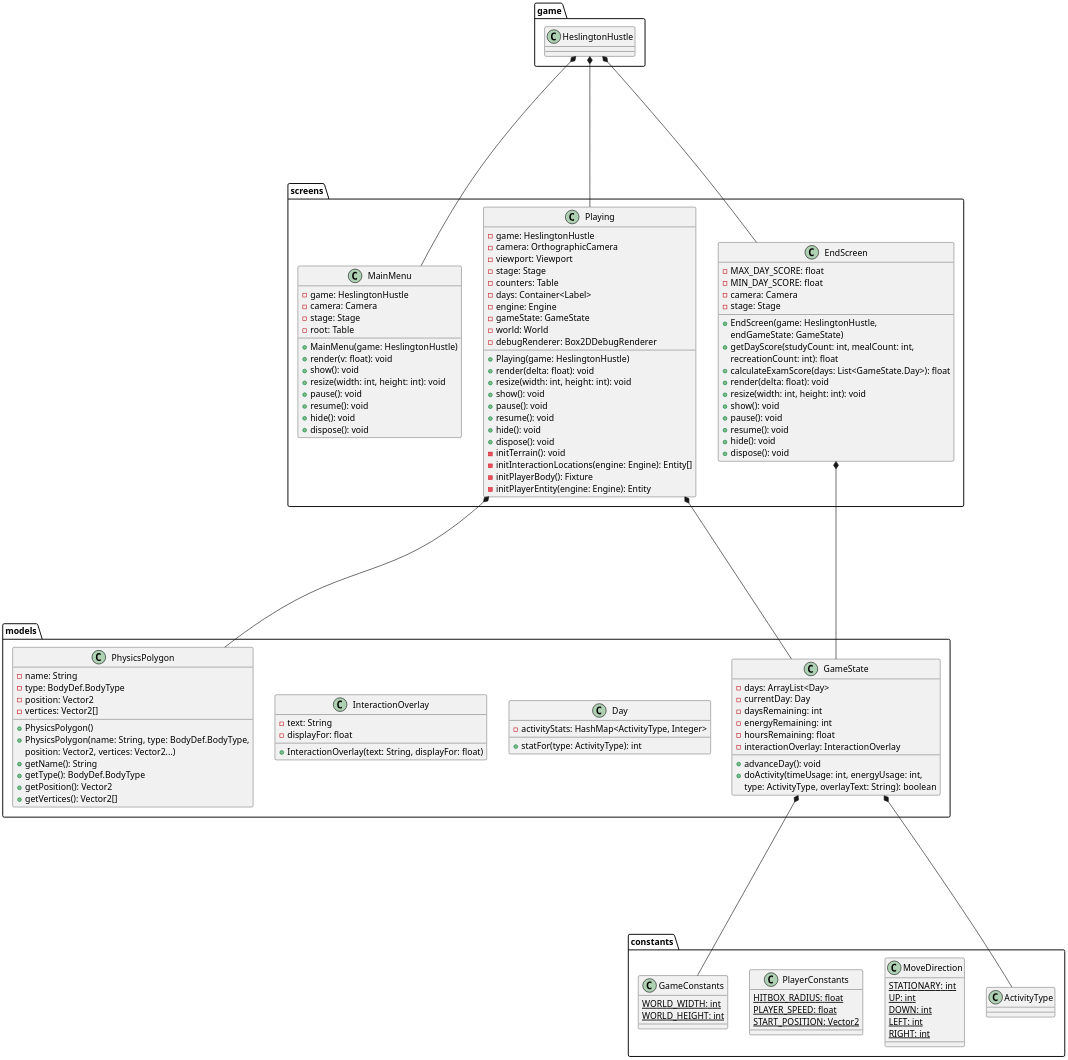
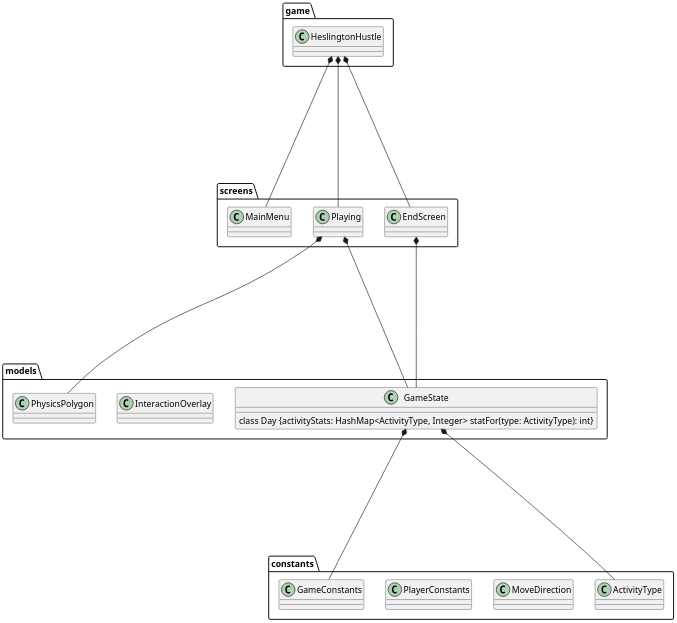
One commit to ENG1-Group-9-2024/Heslington-Hustle-2 changed the diagram in architecture/class diagram4.puml. Above: the diagram before and after it, drawn with PlantUML. The commit also changed 9 other files, not shown here.

```diff
--- a/architecture/class diagram4.puml
+++ b/architecture/class diagram4.puml
@@ -8,183 +8,184 @@
 
 package screens{
     class MainMenu {
-        - game: HeslingtonHustle
-        - camera: Camera
-        - stage: Stage
-        - root: Table
-        + MainMenu(game: HeslingtonHustle)
-        + render(v: float): void
-        + show(): void
-        + resize(width: int, height: int): void
-        + pause(): void
-        + resume(): void
-        + hide(): void
-        + dispose(): void
+        '- game: HeslingtonHustle
+        '- camera: Camera
+        '- stage: Stage
+        '- root: Table
+        '+ MainMenu(game: HeslingtonHustle)
+        '+ render(v: float): void
+        '+ show(): void
+        '+ resize(width: int, height: int): void
+        '+ pause(): void
+        '+ resume(): void
+        '+ hide(): void
+        '+ dispose(): void
     }
 
     class Playing {
-        - game: HeslingtonHustle
-        - camera: OrthographicCamera
-        - viewport: Viewport
-        - stage: Stage
-        - counters: Table
-        - days: Container<Label>
-        - engine: Engine
-        - gameState: GameState
-        - world: World
-        - debugRenderer: Box2DDebugRenderer
-        + Playing(game: HeslingtonHustle)
-        + render(delta: float): void
-        + resize(width: int, height: int): void
-        + show(): void
-        + pause(): void
-        + resume(): void
-        + hide(): void
-        + dispose(): void
-        - initTerrain(): void
-        - initInteractionLocations(engine: Engine): Entity[]
-        - initPlayerBody(): Fixture
-        - initPlayerEntity(engine: Engine): Entity
+        '- game: HeslingtonHustle
+        '- camera: OrthographicCamera
+        '- viewport: Viewport
+        '- stage: Stage
+        '- counters: Table
+        '- days: Container<Label>
+        '- engine: Engine
+        '- gameState: GameState
+        '- world: World
+        '- debugRenderer: Box2DDebugRenderer
+        '+ Playing(game: HeslingtonHustle)
+        '+ render(delta: float): void
+        '+ resize(width: int, height: int): void
+        '+ show(): void
+        '+ pause(): void
+        '+ resume(): void
+        '+ hide(): void
+        '+ dispose(): void
+        '- initTerrain(): void
+        '- initInteractionLocations(engine: Engine): Entity[]
+        '- initPlayerBody(): Fixture
+        '- initPlayerEntity(engine: Engine): Entity
     }
 
     class EndScreen {
-        - MAX_DAY_SCORE: float
-        - MIN_DAY_SCORE: float
-        - camera: Camera
-        - stage: Stage
+        '- MAX_DAY_SCORE: float
+        '- MIN_DAY_SCORE: float
+        '- camera: Camera
+        '- stage: Stage
 
-        + EndScreen(game: HeslingtonHustle,
-        endGameState: GameState)
-        + getDayScore(studyCount: int, mealCount: int,
-        recreationCount: int): float
-        + calculateExamScore(days: List<GameState.Day>): float
-        + render(delta: float): void
-        + resize(width: int, height: int): void
-        + show(): void
-        + pause(): void
-        + resume(): void
-        + hide(): void
-        + dispose(): void
+        '+ EndScreen(game: HeslingtonHustle,
+        'endGameState: GameState)
+        '+ getDayScore(studyCount: int, mealCount: int,
+        'recreationCount: int): float
+        '+ calculateExamScore(days: List<GameState.Day>): float
+        '+ render(delta: float): void
+        '+ resize(width: int, height: int): void
+        '+ show(): void
+        '+ pause(): void
+        '+ resume(): void
+        '+ hide(): void
+        '+ dispose(): void
     }
 }
 
 
 package models{
     class GameState {
-        - days: ArrayList<Day>
-        - currentDay: Day
-        - daysRemaining: int
-        - energyRemaining: int
-        - hoursRemaining: float
-        - interactionOverlay: InteractionOverlay
-        + advanceDay(): void
-        + doActivity(timeUsage: int, energyUsage: int,
-        type: ActivityType, overlayText: String): boolean
+        '- days: ArrayList<Day>
+        '- currentDay: Day
+        '- daysRemaining: int
+        '- energyRemaining: int
+        '- hoursRemaining: float
+        '- interactionOverlay: InteractionOverlay
+        '+ advanceDay(): void
+        '+ doActivity(timeUsage: int, energyUsage: int,
+        'type: ActivityType, overlayText: String): boolean
+
+                class Day {activityStats: HashMap<ActivityType, Integer> statFor(type: ActivityType): int}
+
+
     }
 
-    class Day {
-        - activityStats: HashMap<ActivityType, Integer>
-        + statFor(type: ActivityType): int
-    }
+
 
     class InteractionOverlay {
-        - text: String
-        - displayFor: float
-        + InteractionOverlay(text: String, displayFor: float)
+        '- text: String
+        '- displayFor: float
+        '+ InteractionOverlay(text: String, displayFor: float)
     }
 
     class PhysicsPolygon {
-        - name: String
-        - type: BodyDef.BodyType
-        - position: Vector2
-        - vertices: Vector2[]
-        + PhysicsPolygon()
-        + PhysicsPolygon(name: String, type: BodyDef.BodyType,
-        position: Vector2, vertices: Vector2...)
-        + getName(): String
-        + getType(): BodyDef.BodyType
-        + getPosition(): Vector2
-        + getVertices(): Vector2[]
+        '- name: String
+        '- type: BodyDef.BodyType
+        '- position: Vector2
+        '- vertices: Vector2[]
+        '+ PhysicsPolygon()
+        '+ PhysicsPolygon(name: String, type: BodyDef.BodyType,
+        'position: Vector2, vertices: Vector2...)
+        '+ getName(): String
+        '+ getType(): BodyDef.BodyType
+        '+ getPosition(): Vector2
+        '+ getVertices(): Vector2[]
     }
 }
 
 'package components{
 '    class AnimationComponent {
-'        - spriteScale: float
-'        - animations: IntMap<Animation<Sprite>>
-'        - currentAnimation: int
-'        - time: float
-'        + AnimationComponent(spriteScale: float)
+'        '- spriteScale: float
+'        '- animations: IntMap<Animation<Sprite>>
+'        '- currentAnimation: int
+'        '- time: float
+'        '+ AnimationComponent(spriteScale: float)
 '    }
 '
 '    class CounterComponent {
-'        - label: Label
-'        - valueResolver: CounterValueResolver
-'        + CounterComponent(label: Label, valueResolver: CounterValueResolver)
+'        '- label: Label
+'        '- valueResolver: CounterValueResolver
+'        '+ CounterComponent(label: Label, valueResolver: CounterValueResolver)
 '    }
 '
 '
 '    class FixtureComponent {
-'        - fixture: Fixture
-'        + FixtureComponent(fixture: Fixture)
+'        '- fixture: Fixture
+'        '+ FixtureComponent(fixture: Fixture)
 '    }
 '
 '    class HitboxComponent {
-'        - rects: Rectangle[]
-'        - region: Rectangle
-'        + HitboxComponent(rects: Rectangle...)
+'        '- rects: Rectangle[]
+'        '- region: Rectangle
+'        '+ HitboxComponent(rects: Rectangle...)
 '    }
 '
 '    class InteractionComponent {
-'        - interactable: Interactable
-'        + InteractionComponent(interactable: Interactable)
+'        '- interactable: Interactable
+'        '+ InteractionComponent(interactable: Interactable)
 '    }
 '
 '    class PlayerComponent {
-'        - isInteracting: boolean
+'        '- isInteracting: boolean
 '    }
 '
 '    class PositionComponent {
-'        - x: float
-'        - y: float
-'        + PositionComponent(x: float, y: float)
-'        + PositionComponent()
+'        '- x: float
+'        '- y: float
+'        '+ PositionComponent(x: float, y: float)
+'        '+ PositionComponent()
 '    }
 '
 '    class TextureComponent {
-'        - region: TextureRegion
-'        - scale: float
-'        - visible: boolean
-'        + TextureComponent(region: TextureRegion, scale: float)
-'        + show(): TextureComponent
-'        + hide(): TextureComponent
+'        '- region: TextureRegion
+'        '- scale: float
+'        '- visible: boolean
+'        '+ TextureComponent(region: TextureRegion, scale: float)
+'        '+ show(): TextureComponent
+'        '+ hide(): TextureComponent
 '    }
 '
 '    class TooltipComponent {
-'        - tooltip: GlyphLayout
-'        + TooltipComponent(font: BitmapFont, tooltip: String)
+'        '- tooltip: GlyphLayout
+'        '+ TooltipComponent(font: BitmapFont, tooltip: String)
 '    }
 '}
 
 
 package constants{
     class GameConstants {
-        {static} WORLD_WIDTH: int
-        {static} WORLD_HEIGHT: int
+        '{static} WORLD_WIDTH: int
+        '{static} WORLD_HEIGHT: int
     }
 
     class MoveDirection {
-        {static} STATIONARY: int
-        {static} UP: int
-        {static} DOWN: int
-        {static} LEFT: int
-        {static} RIGHT: int
+        '{static} STATIONARY: int
+        '{static} UP: int
+        '{static} DOWN: int
+        '{static} LEFT: int
+        '{static} RIGHT: int
     }
 
     class PlayerConstants {
-        {static} HITBOX_RADIUS: float
-        {static} PLAYER_SPEED: float
-        {static} START_POSITION: Vector2
+        '{static} HITBOX_RADIUS: float
+        '{static} PLAYER_SPEED: float
+        '{static} START_POSITION: Vector2
     }
 
     class ActivityType{}
@@ -196,104 +197,109 @@
 
 'package systems{
 '    class AnimationSystem {
-'        - batch: SpriteBatch
-'        - gameState: GameState
-'        - am: ComponentMapper<AnimationComponent>
-'        - fm: ComponentMapper<FixtureComponent>
-'        - pm: ComponentMapper<PositionComponent>
-'        + AnimationSystem(batch: SpriteBatch, gameState: GameState)
-'        + update(deltaTime: float): void
-'        - processEntity(entity: Entity, deltaTime: float): void
+'        '- batch: SpriteBatch
+'        '- gameState: GameState
+'        '- am: ComponentMapper<AnimationComponent>
+'        '- fm: ComponentMapper<FixtureComponent>
+'        '- pm: ComponentMapper<PositionComponent>
+'        '+ AnimationSystem(batch: SpriteBatch, gameState: GameState)
+'        '+ update(deltaTime: float): void
+'        '- processEntity(entity: Entity, deltaTime: float): void
 '    }
 '
 '    class CounterUpdateSystem {
-'        - gameState: GameState
-'        - cm: ComponentMapper<CounterComponent>
-'        + CounterUpdateSystem(gameState: GameState)
-'        - processEntity(entity: Entity, deltaTime: float): void
+'        '- gameState: GameState
+'        '- cm: ComponentMapper<CounterComponent>
+'        '+ CounterUpdateSystem(gameState: GameState)
+'        '- processEntity(entity: Entity, deltaTime: float): void
 '    }
 '
 '    class DebugSystem {
-'        - shapeDrawer: ShapeDrawer
-'        - hm: ComponentMapper<HitboxComponent>
-'        - fm: ComponentMapper<FixtureComponent>
-'        - interactables: ImmutableArray<Entity>
-'        - playerEntity: Entity
-'        + DebugSystem(shapeDrawer: ShapeDrawer)
-'        + addedToEngine(engine: Engine): void
-'        + update(deltaTime: float): void
+'        '- shapeDrawer: ShapeDrawer
+'        '- hm: ComponentMapper<HitboxComponent>
+'        '- fm: ComponentMapper<FixtureComponent>
+'        '- interactables: ImmutableArray<Entity>
+'        '- playerEntity: Entity
+'        '+ DebugSystem(shapeDrawer: ShapeDrawer)
+'        '+ addedToEngine(engine: Engine): void
+'        '+ update(deltaTime: float): void
 '    }
 '
 '    class InteractionOverlayRenderingSystem {
-'        - batch: SpriteBatch
-'        - font: BitmapFont
-'        - shapeDrawer: ShapeDrawer
-'        - gameState: GameState
-'        - elapsed: float
-'        + InteractionOverlayRenderingSystem(batch: SpriteBatch,
+'        '- batch: SpriteBatch
+'        '- font: BitmapFont
+'        '- shapeDrawer: ShapeDrawer
+'        '- gameState: GameState
+'        '- elapsed: float
+'        '+ InteractionOverlayRenderingSystem(batch: SpriteBatch,
 '        font: BitmapFont, shapeDrawer: ShapeDrawer,
 '        gameState: GameState)
-'        + update(deltaTime: float): void
+'        '+ update(deltaTime: float): void
 '    }
 '
 '    class MapRenderingSystem {
-'        - camera: OrthographicCamera
-'        - renderer: OrthogonalTiledMapRenderer
-'        + MapRenderingSystem(tiledMap: TiledMap,
+'        '- camera: OrthographicCamera
+'        '- renderer: OrthogonalTiledMapRenderer
+'        '+ MapRenderingSystem(tiledMap: TiledMap,
 '        camera: OrthographicCamera)
-'        + update(deltaTime: float): void
+'        '+ update(deltaTime: float): void
 '    }
 '
 '    class PlayerInputSystem {
-'        - gameState: GameState
-'        - playerEntity: Entity
-'        - velocity: Vector2
-'        - pm: ComponentMapper<PlayerComponent>
-'        - fm: ComponentMapper<FixtureComponent>
-'        - am: ComponentMapper<AnimationComponent>
-'        + PlayerInputSystem(gameState: GameState)
-'        + addedToEngine(engine: Engine): void
-'        + update(deltaTime: float): void
+'        '- gameState: GameState
+'        '- playerEntity: Entity
+'        '- velocity: Vector2
+'        '- pm: ComponentMapper<PlayerComponent>
+'        '- fm: ComponentMapper<FixtureComponent>
+'        '- am: ComponentMapper<AnimationComponent>
+'        '+ PlayerInputSystem(gameState: GameState)
+'        '+ addedToEngine(engine: Engine): void
+'        '+ update(deltaTime: float): void
 '    }
 '
 '    class PlayerInteractionSystem {
-'        - gameState: GameState
-'        - playerEntity: Entity
-'        - interactables: ImmutableArray<Entity>
-'        - plm: ComponentMapper<PlayerComponent>
-'        - am: ComponentMapper<AnimationComponent>
-'        - im: ComponentMapper<InteractionComponent>
-'        - hm: ComponentMapper<HitboxComponent>
-'        - fm: ComponentMapper<FixtureComponent>
-'        + PlayerInteractionSystem(gameState: GameState)
-'        + addedToEngine(engine: Engine): void
-'        + update(deltaTime: float): void
+'        '- gameState: GameState
+'        '- playerEntity: Entity
+'        '- interactables: ImmutableArray<Entity>
+'        '- plm: ComponentMapper<PlayerComponent>
+'        '- am: ComponentMapper<AnimationComponent>
+'        '- im: ComponentMapper<InteractionComponent>
+'        '- hm: ComponentMapper<HitboxComponent>
+'        '- fm: ComponentMapper<FixtureComponent>
+'        '+ PlayerInteractionSystem(gameState: GameState)
+'        '+ addedToEngine(engine: Engine): void
+'        '+ update(deltaTime: float): void
 '    }
 '
 '    class StaticRenderingSystem {
-'        - batch: SpriteBatch
-'        - tm: ComponentMapper<TextureComponent>
-'        - pm: ComponentMapper<PositionComponent>
-'        + StaticRenderingSystem(batch: SpriteBatch)
-'        + processEntity(entity: Entity, deltaTime: float): void
+'        '- batch: SpriteBatch
+'        '- tm: ComponentMapper<TextureComponent>
+'        '- pm: ComponentMapper<PositionComponent>
+'        '+ StaticRenderingSystem(batch: SpriteBatch)
+'        '+ processEntity(entity: Entity, deltaTime: float): void
 '    }
 '
 '    class TooltipRenderingSystem {
-'        - font: BitmapFont
-'        - shapeDrawer: ShapeDrawer
-'        - batch: SpriteBatch
-'        - gameState: GameState
-'        - hm: ComponentMapper<HitboxComponent>
-'        - tm: ComponentMapper<TooltipComponent>
-'        - fm: ComponentMapper<FixtureComponent>
-'        + TooltipRenderingSystem(font: BitmapFont,
+'        '- font: BitmapFont
+'        '- shapeDrawer: ShapeDrawer
+'        '- batch: SpriteBatch
+'        '- gameState: GameState
+'        '- hm: ComponentMapper<HitboxComponent>
+'        '- tm: ComponentMapper<TooltipComponent>
+'        '- fm: ComponentMapper<FixtureComponent>
+'        '+ TooltipRenderingSystem(font: BitmapFont,
 '        shapeDrawer: ShapeDrawer, batch: SpriteBatch,
 '        gameState: GameState)
-'        + addedToEngine(engine: Engine): void
-'        + update(deltaTime: float): void
+'        '+ addedToEngine(engine: Engine): void
+'        '+ update(deltaTime: float): void
 '    }
 '}
 '
+
+
+
+
+
 
 
 
@@ -380,8 +386,4 @@
 
 EndScreen *----- GameState
 
-
-
-
-
 @enduml
```
